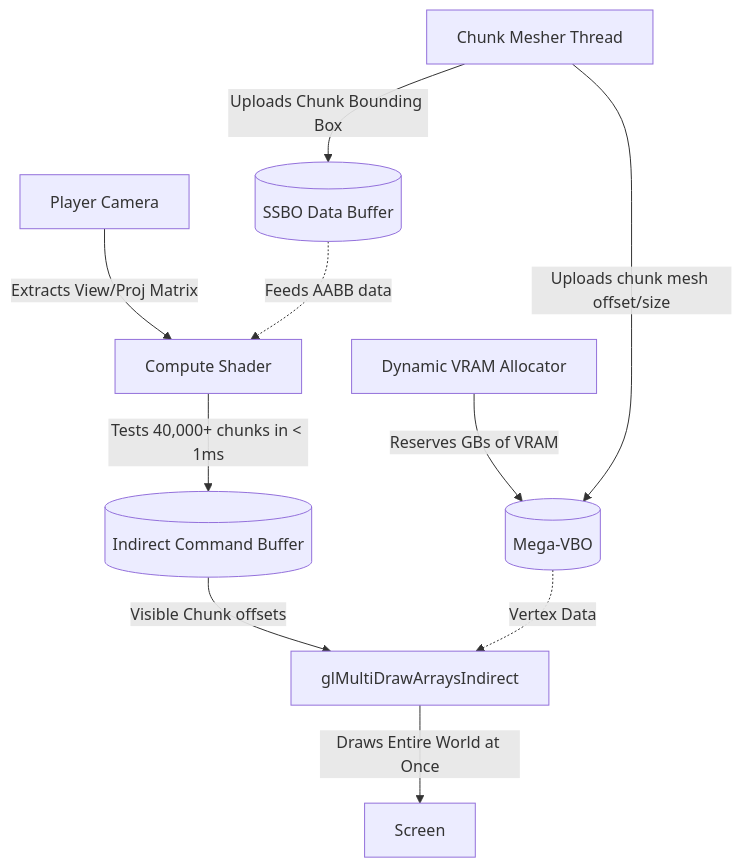
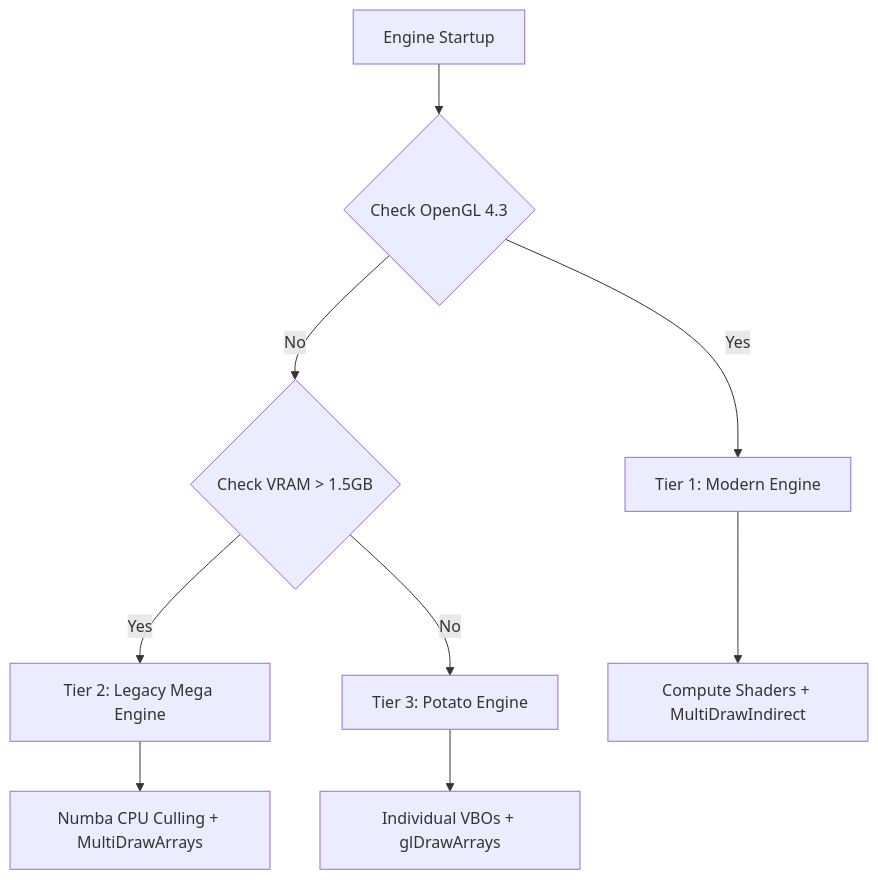
Before and after one commit to kivi-man/Python-craft: the fourth of 4 diagrams in README.md, drawn with Mermaid. The commit also changed other lines of this file and 7 other files, not shown here.

````diff
--- a/README.md
+++ b/README.md
@@ -154,14 +169,12 @@
 ```mermaid
 graph TD
-    A[Dynamic VRAM Allocator] -->|Reserves GBs of VRAM| B[(Mega-VBO)]
-    C[Chunk Mesher Thread] -->|Uploads chunk mesh offset/size| B
-    C -->|Uploads Chunk Bounding Box| D[(SSBO Data Buffer)]
+    A[Engine Startup] --> B{Check OpenGL 4.3}
+    B -->|Yes| C[Tier 1: Modern Engine]
+    B -->|No| D{Check VRAM > 1.5GB}
+    D -->|Yes| E[Tier 2: Legacy Mega Engine]
+    D -->|No| F[Tier 3: Potato Engine]
     
-    E[Player Camera] -->|Extracts View/Proj Matrix| F[Compute Shader]
-    D -.->|Feeds AABB data| F
-    
-    F -->|Tests 40,000+ chunks in < 1ms| G[(Indirect Command Buffer)]
-    G -->|Visible Chunk offsets| H[glMultiDrawArraysIndirect]
-    B -.->|Vertex Data| H
-    H -->|Draws Entire World at Once| I[Screen]
+    C --> G[Compute Shaders + MultiDrawIndirect]
+    E --> H[Numba CPU Culling + MultiDrawArrays]
+    F --> I[Individual VBOs + glDrawArrays]
 ```
````
